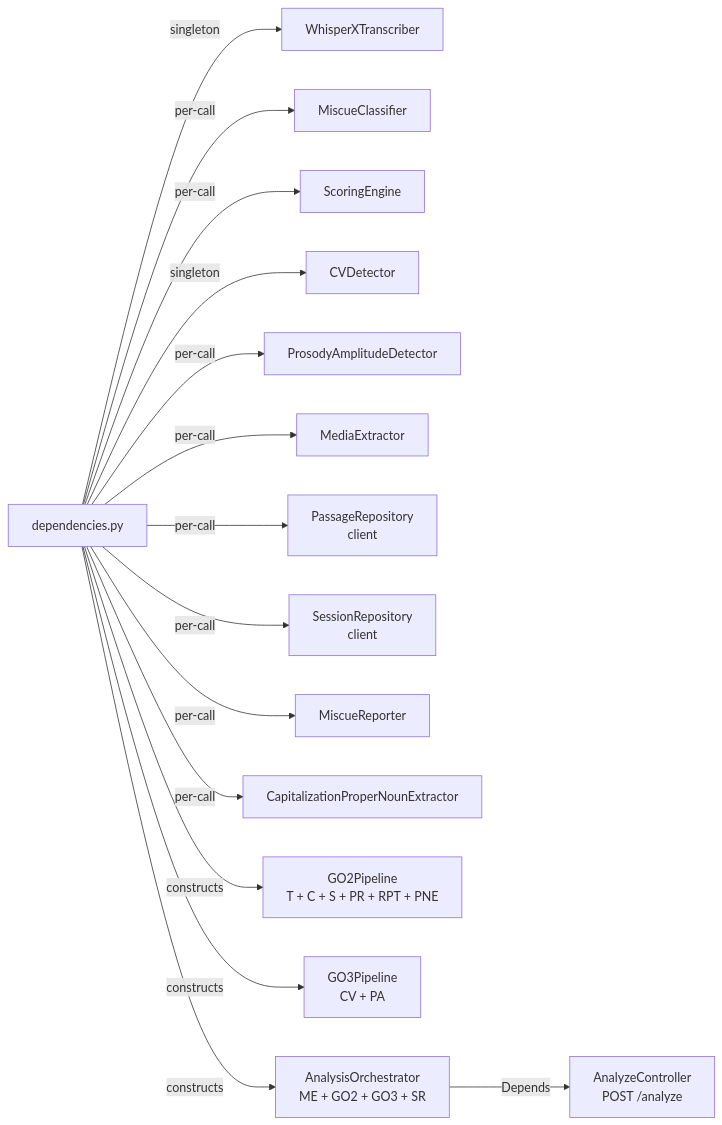
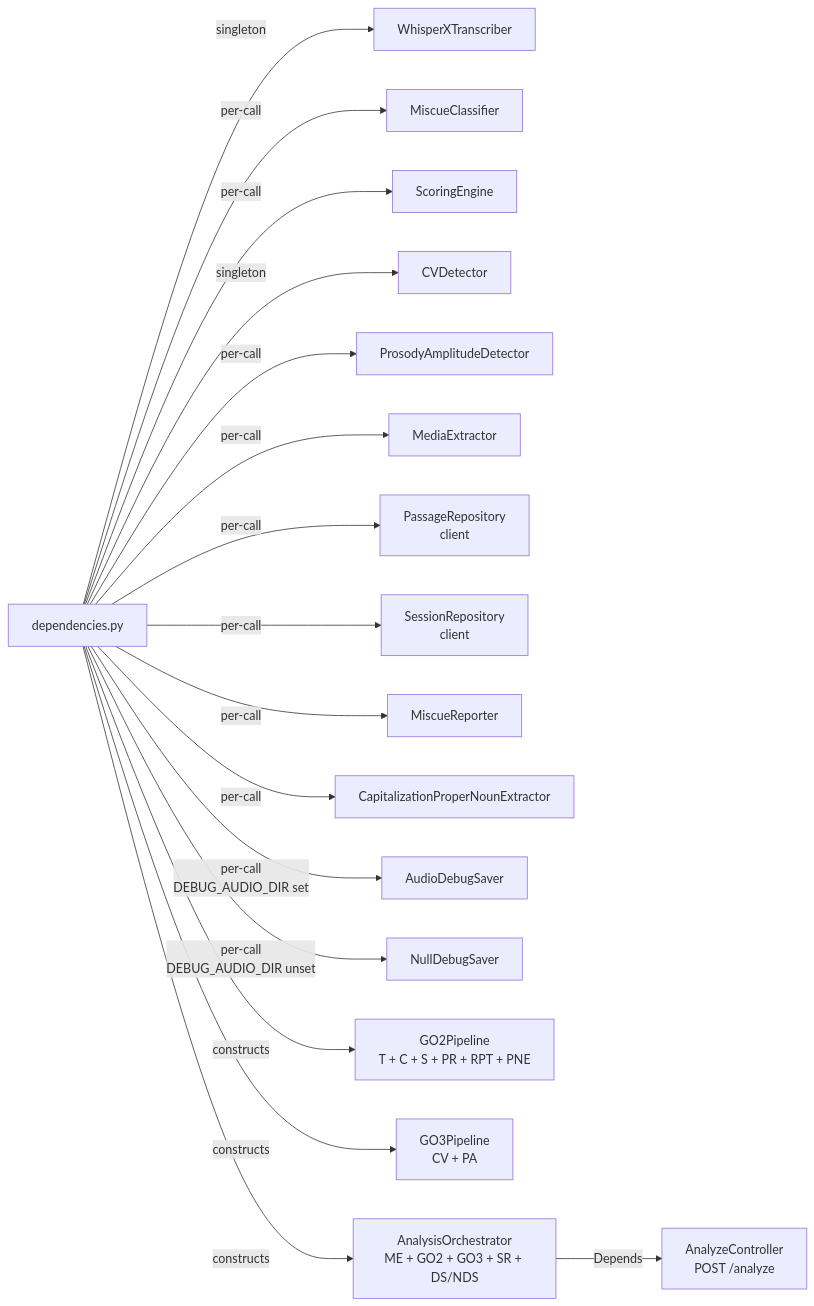
Before and after one commit to ChristianNemeno/SE-Module-02: the diagram in docs/uml/component/dependency-graph.md, drawn with Mermaid. The commit also changed 18 other files, not shown here.

First line of the commit message:
feat: add debug audio saver for WAV and JSON persistence

````diff
--- a/docs/uml/component/dependency-graph.md
+++ b/docs/uml/component/dependency-graph.md
@@ -3,21 +3,23 @@
 ```mermaid
 flowchart LR
     deps[dependencies.py]
 
     deps -->|singleton| T[WhisperXTranscriber]
     deps -->|per-call| C[MiscueClassifier]
     deps -->|per-call| S[ScoringEngine]
     deps -->|singleton| CV[CVDetector]
     deps -->|per-call| PA[ProsodyAmplitudeDetector]
     deps -->|per-call| ME[MediaExtractor]
     deps -->|per-call| PR[PassageRepository\nclient]
     deps -->|per-call| SR[SessionRepository\nclient]
     deps -->|per-call| RPT[MiscueReporter]
     deps -->|per-call| PNE[CapitalizationProperNounExtractor]
+    deps -->|per-call\nDEBUG_AUDIO_DIR set| DS[AudioDebugSaver]
+    deps -->|per-call\nDEBUG_AUDIO_DIR unset| NDS[NullDebugSaver]
 
     deps -->|constructs| GO2[GO2Pipeline\nT + C + S + PR + RPT + PNE]
     deps -->|constructs| GO3[GO3Pipeline\nCV + PA]
-    deps -->|constructs| ORC[AnalysisOrchestrator\nME + GO2 + GO3 + SR]
+    deps -->|constructs| ORC[AnalysisOrchestrator\nME + GO2 + GO3 + SR + DS/NDS]
 
     ORC -->|Depends| Ctrl[AnalyzeController\nPOST /analyze]
 ```
````
